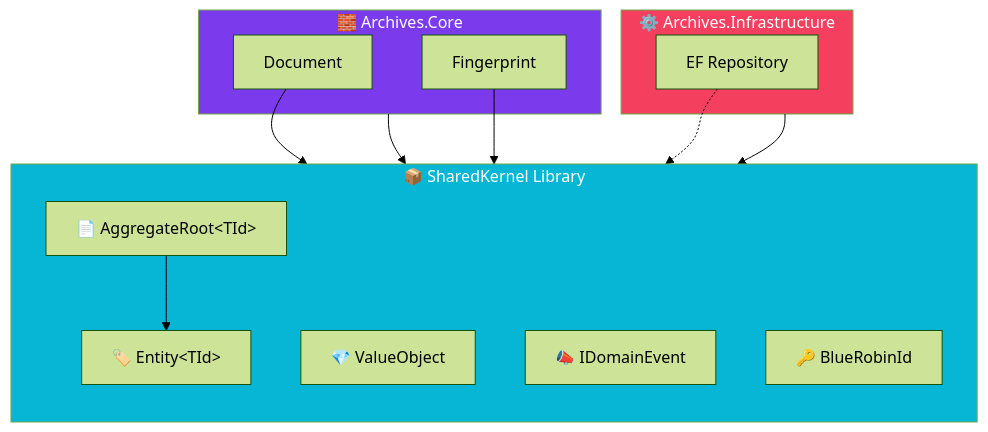
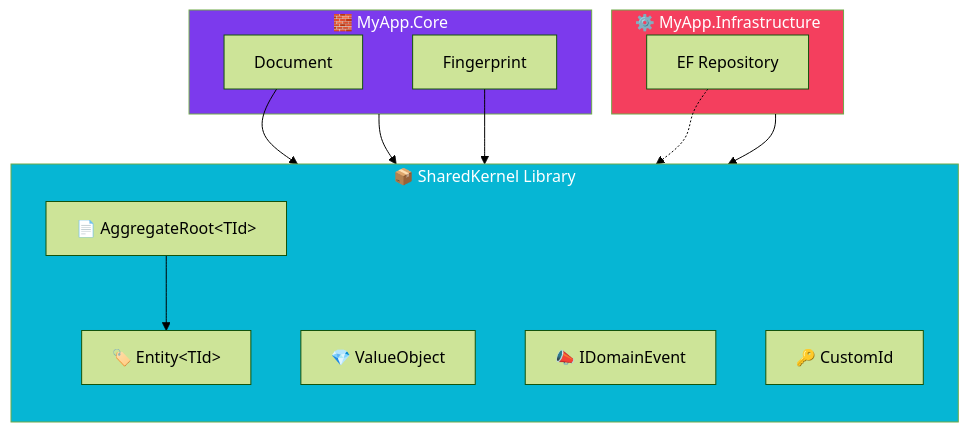
The diagram in src/content/blog/ddd-shared-kernel-implementation-dotnet.mdx (viktorrobin/bluerobin-blog), drawn with Mermaid (forest theme) before and after one commit. The commit also changed other lines of this file and 111 other files, not shown here.

````diff
--- a/src/content/blog/ddd-shared-kernel-implementation-dotnet.mdx
+++ b/src/content/blog/ddd-shared-kernel-implementation-dotnet.mdx
@@ -42,34 +42,34 @@
 ```mermaid
 flowchart TB
     subgraph SK["📦 SharedKernel Library"]
         direction TB
         Entity["🏷️ Entity&lt;TId&gt;"]
         AggRoot["📄 AggregateRoot&lt;TId&gt;"]
         VO["💎 ValueObject"]
         Event["📣 IDomainEvent"]
-        BRId["🔑 BlueRobinId"]
+        BRId["🔑 CustomId"]
         
         AggRoot --> Entity
     end
 
-    subgraph Core["🧱 Archives.Core"]
+    subgraph Core["🧱 MyApp.Core"]
         Doc["Document"] --> AggRoot
         FP["Fingerprint"] --> VO
     end
 
-    subgraph Infra["⚙️ Archives.Infrastructure"]
+    subgraph Infra["⚙️ MyApp.Infrastructure"]
         Repo["EF Repository"] -.-> AggRoot
     end
 
     Core --> SK
     Infra --> SK
 
     classDef primary fill:#7c3aed,color:#fff
     classDef secondary fill:#06b6d4,color:#fff
     classDef db fill:#f43f5e,color:#fff
     classDef warning fill:#fbbf24,color:#000
 
     class Core primary
     class SK secondary
     class Infra db
 ```
````
